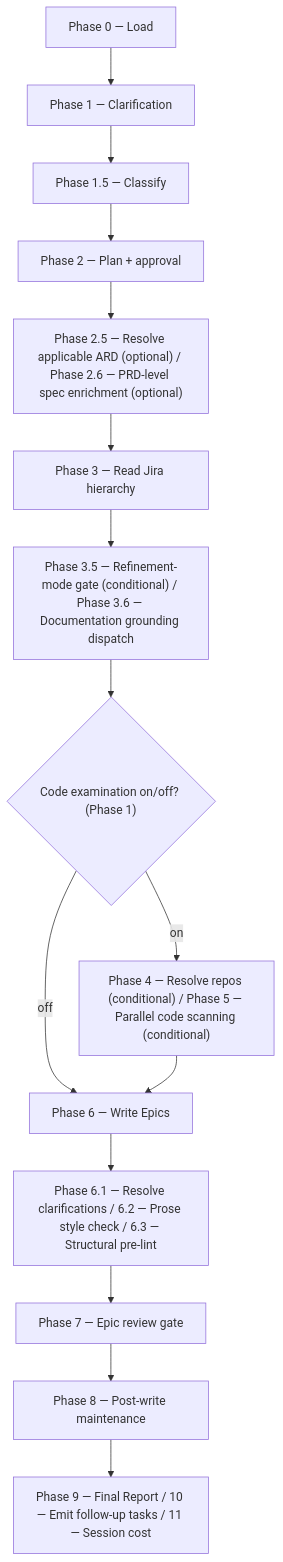
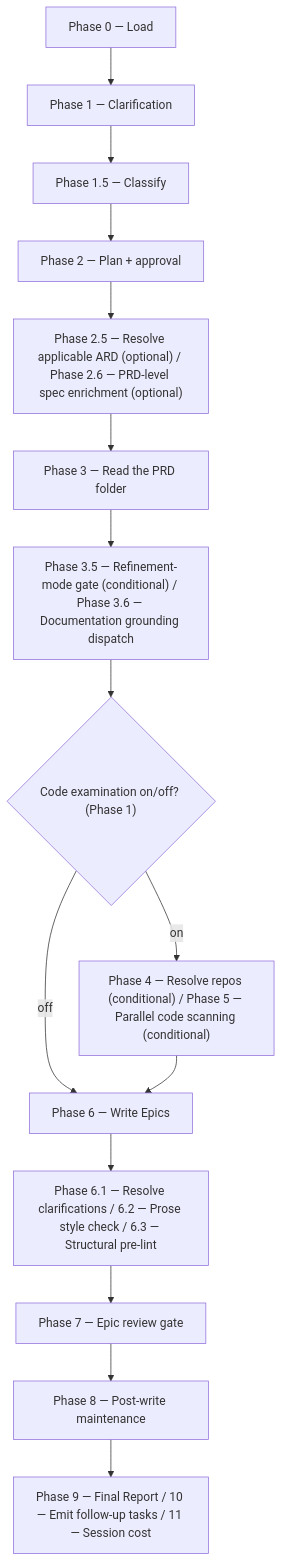
Before and after one commit to ihudak/ihudak-claude-plugins: the diagram in plugins/dev-workflows/docs/commands/epics.md, drawn with Mermaid. The commit also changed other lines of this file and 82 other files, not shown here.

````diff
--- a/plugins/dev-workflows/docs/commands/epics.md
+++ b/plugins/dev-workflows/docs/commands/epics.md
@@ -21,17 +21,17 @@
 ```mermaid
 flowchart TD
     p0["Phase 0 — Load"] --> p1["Phase 1 — Clarification"]
     p1 --> p15["Phase 1.5 — Classify"]
     p15 --> p2["Phase 2 — Plan + approval"]
     p2 --> p2526["Phase 2.5 — Resolve applicable ARD (optional) / Phase 2.6 — PRD-level spec enrichment (optional)"]
-    p2526 --> p3["Phase 3 — Read Jira hierarchy"]
+    p2526 --> p3["Phase 3 — Read the PRD folder"]
     p3 --> p3536["Phase 3.5 — Refinement-mode gate (conditional) / Phase 3.6 — Documentation grounding dispatch"]
     p3536 --> d1{"Code examination on/off? (Phase 1)"}
     d1 -- "on" --> p45["Phase 4 — Resolve repos (conditional) / Phase 5 — Parallel code scanning (conditional)"]
     d1 -- "off" --> p6["Phase 6 — Write Epics"]
     p45 --> p6
     p6 --> p616263["Phase 6.1 — Resolve clarifications / 6.2 — Prose style check / 6.3 — Structural pre-lint"]
     p616263 --> p7["Phase 7 — Epic review gate"]
     p7 --> p8["Phase 8 — Post-write maintenance"]
     p8 --> p91011["Phase 9 — Final Report / 10 — Emit follow-up tasks / 11 — Session cost"]
 ```
````
